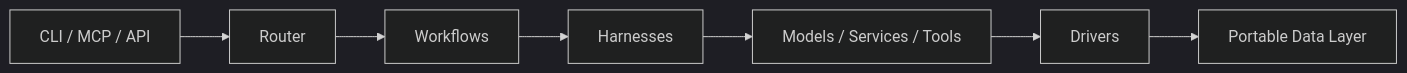
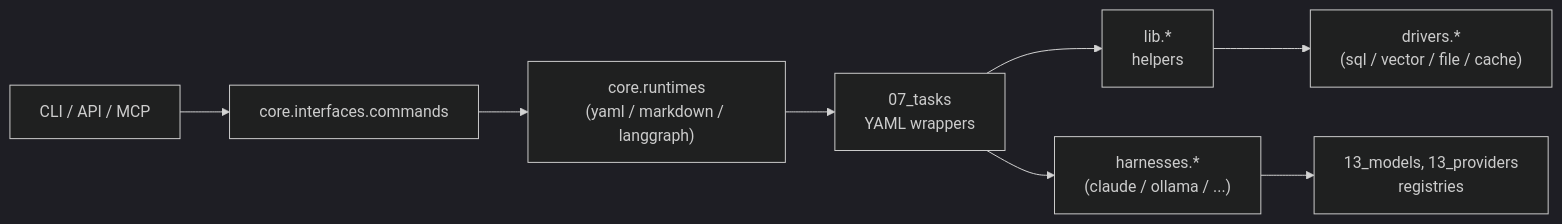
The diagram in README.md (kieferwaight/LocalFabric), drawn with Mermaid (dark theme) before and after one commit. The commit also changed other lines of this file and 2 other files, not shown here.

````diff
--- a/README.md
+++ b/README.md
@@ -35,9 +16,10 @@
 ```mermaid
 flowchart LR
-    Interface["CLI / MCP / API"] --> Router
-    Router --> Workflows
-    Workflows --> Harnesses
-    Harnesses --> Targets["Models / Services / Tools"]
-    Targets --> Drivers
-    Drivers --> Data["Portable Data Layer"]
+    Surfaces["CLI / API / MCP"] --> Commands["core.interfaces.commands"]
+    Commands --> Runtimes["core.runtimes\n(yaml / markdown / langgraph)"]
+    Runtimes --> Tasks["07_tasks\nYAML wrappers"]
+    Tasks --> Lib["lib.*\nhelpers"]
+    Tasks --> Harnesses["harnesses.*\n(claude / ollama / ...)"]
+    Lib --> Drivers["drivers.*\n(sql / vector / file / cache)"]
+    Harnesses --> Registry["13_models, 13_providers\nregistries"]
 ```
````
